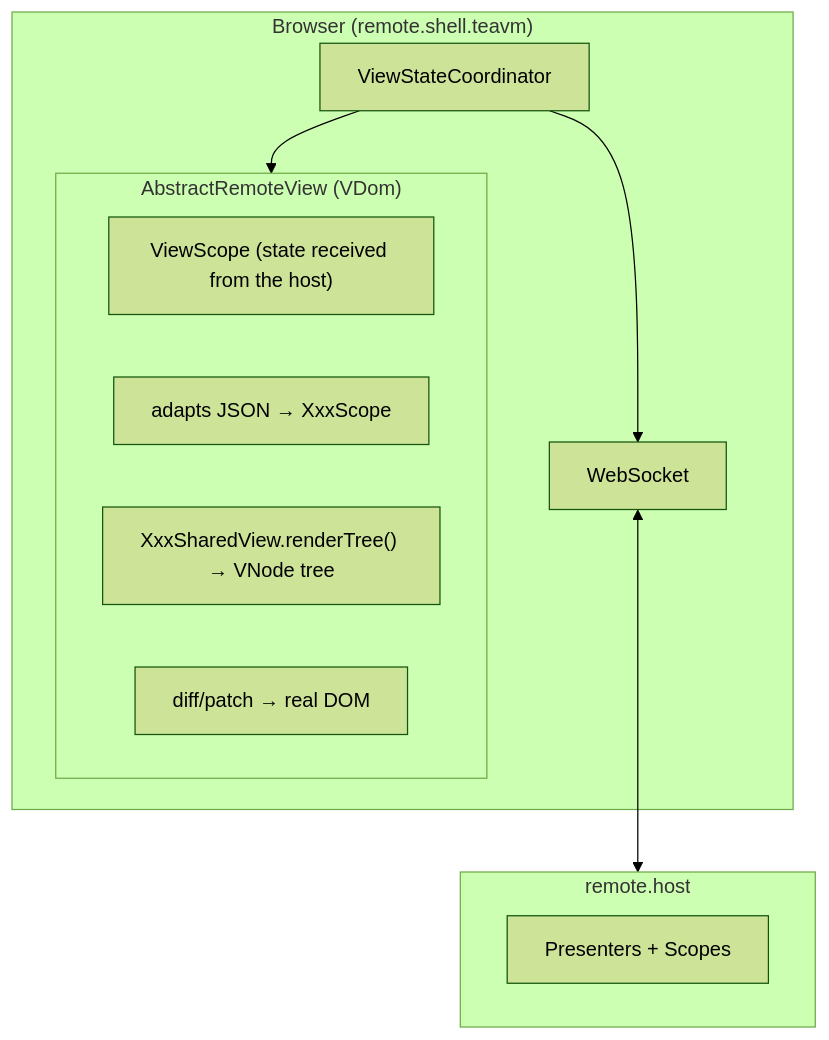
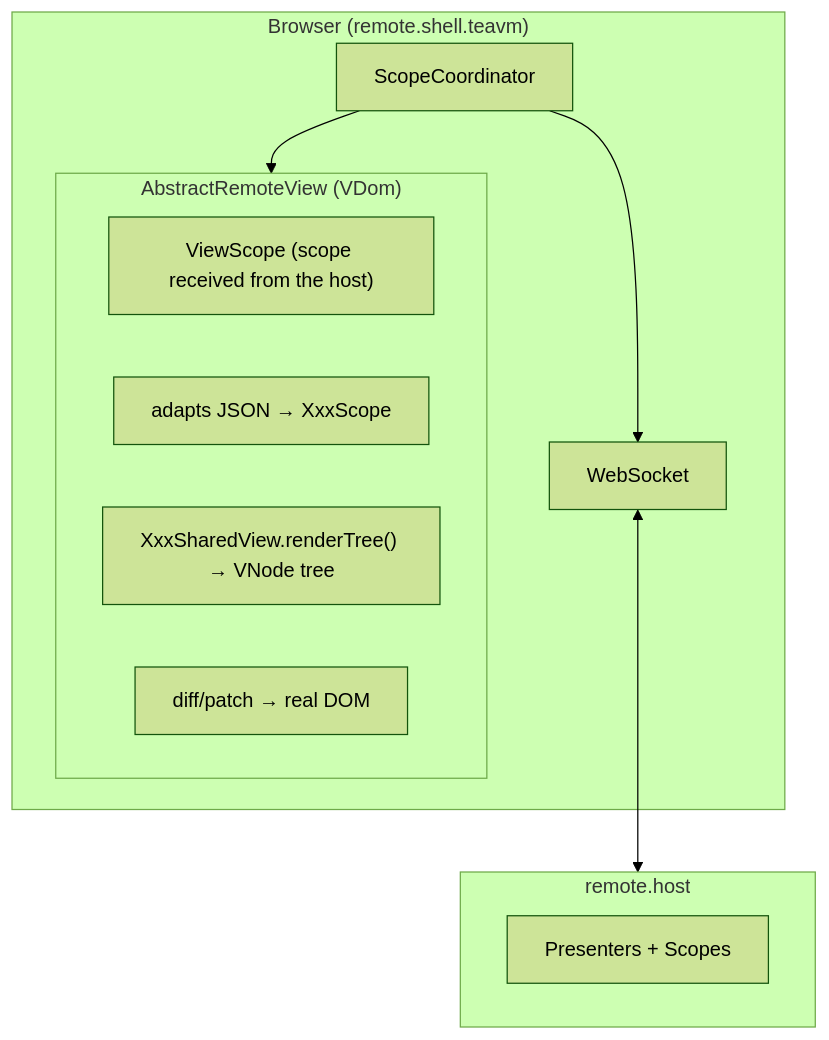
The second of 4 diagrams in fontes/br.com.wdc.store/br.com.wdc.store.view.remote/remote.shell.teavm/README.md (mrcdom/wdc-cube-java-v2), drawn with Mermaid (forest theme) before and after one commit. The commit also changed other lines of this file and 222 other files, not shown here.

First line of the commit message:
♻️ [REFACTOR] ViewState becomes Scope in code, protocol and docs

````diff
--- a/fontes/br.com.wdc.store/br.com.wdc.store.view.remote/remote.shell.teavm/README.md
+++ b/fontes/br.com.wdc.store/br.com.wdc.store.view.remote/remote.shell.teavm/README.md
@@ -28,21 +28,21 @@
 ```mermaid
 graph TD
     subgraph browser["Browser (remote.shell.teavm)"]
-        coordinator["ViewStateCoordinator"]
+        coordinator["ScopeCoordinator"]
         ws["WebSocket"]
         subgraph vdom["AbstractRemoteView (VDom)"]
-            scope["ViewScope (state received from the host)"]
+            scope["ViewScope (scope received from the host)"]
             adapt["adapts JSON → XxxScope"]
             shared["XxxSharedView.renderTree() → VNode tree"]
             diff["diff/patch → real DOM"]
         end
         coordinator --> ws
         coordinator --> vdom
     end
 
     subgraph host["remote.host"]
         presenters["Presenters + Scopes"]
     end
 
     ws <--> host
 ```
````
